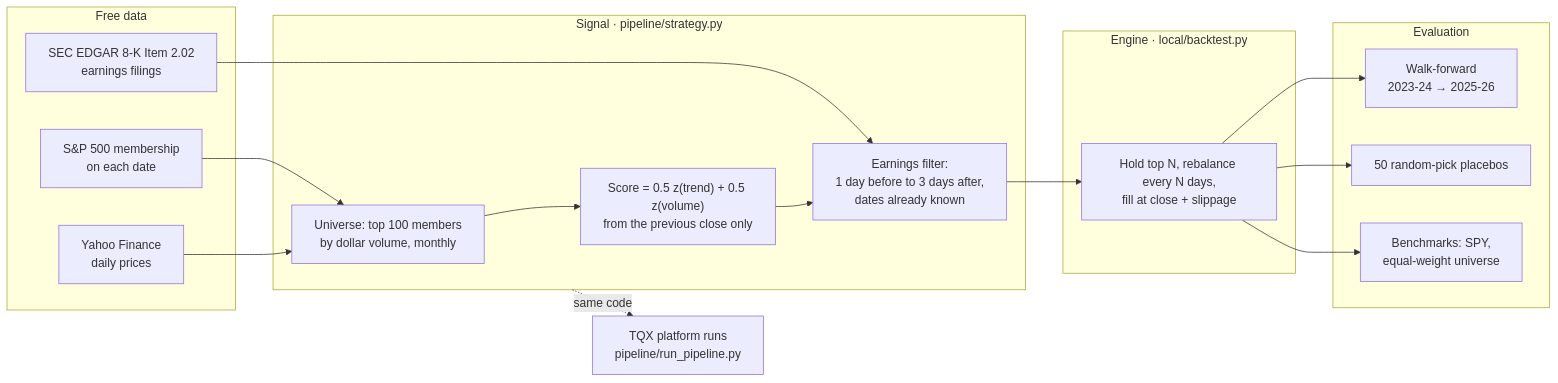
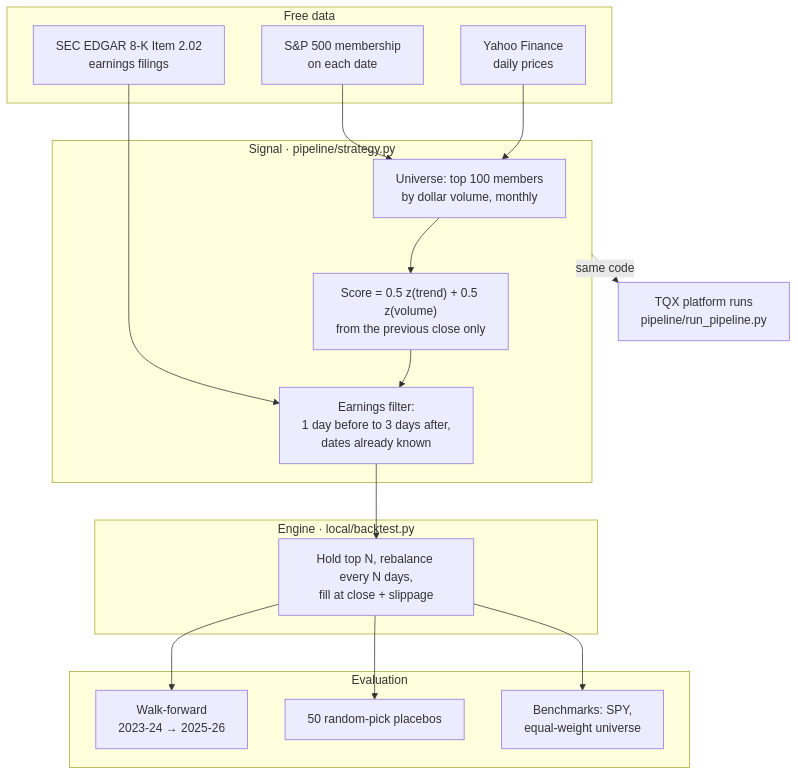
Before and after one commit to GpuCpuPsu/multifactor-backtest: the diagram in README.md, drawn with Mermaid.

Commit message:
README: draw the workflow diagram top-to-bottom so it stays legible

````diff
--- a/README.md
+++ b/README.md
@@ -15,29 +15,29 @@
 ```mermaid
-flowchart LR
+flowchart TB
   subgraph data["Free data"]
     Y["Yahoo Finance<br/>daily prices"]
     S["S&P 500 membership<br/>on each date"]
     E["SEC EDGAR 8-K Item 2.02<br/>earnings filings"]
   end
   subgraph signal["Signal · pipeline/strategy.py"]
     U["Universe: top 100 members<br/>by dollar volume, monthly"]
     F["Score = 0.5 z(trend) + 0.5 z(volume)<br/>from the previous close only"]
     G["Earnings filter:<br/>1 day before to 3 days after,<br/>dates already known"]
   end
   subgraph engine["Engine · local/backtest.py"]
     X["Hold top N, rebalance every N days,<br/>fill at close + slippage"]
   end
   subgraph evaluation["Evaluation"]
     W["Walk-forward<br/>2023-24 → 2025-26"]
     P["50 random-pick placebos"]
     B["Benchmarks: SPY,<br/>equal-weight universe"]
   end
   Y --> U
   S --> U
   U --> F --> G --> X
   E --> G
   X --> W
   X --> P
   X --> B
   signal -. "same code" .-> T["TQX platform runs<br/>pipeline/run_pipeline.py"]
 ```
````
